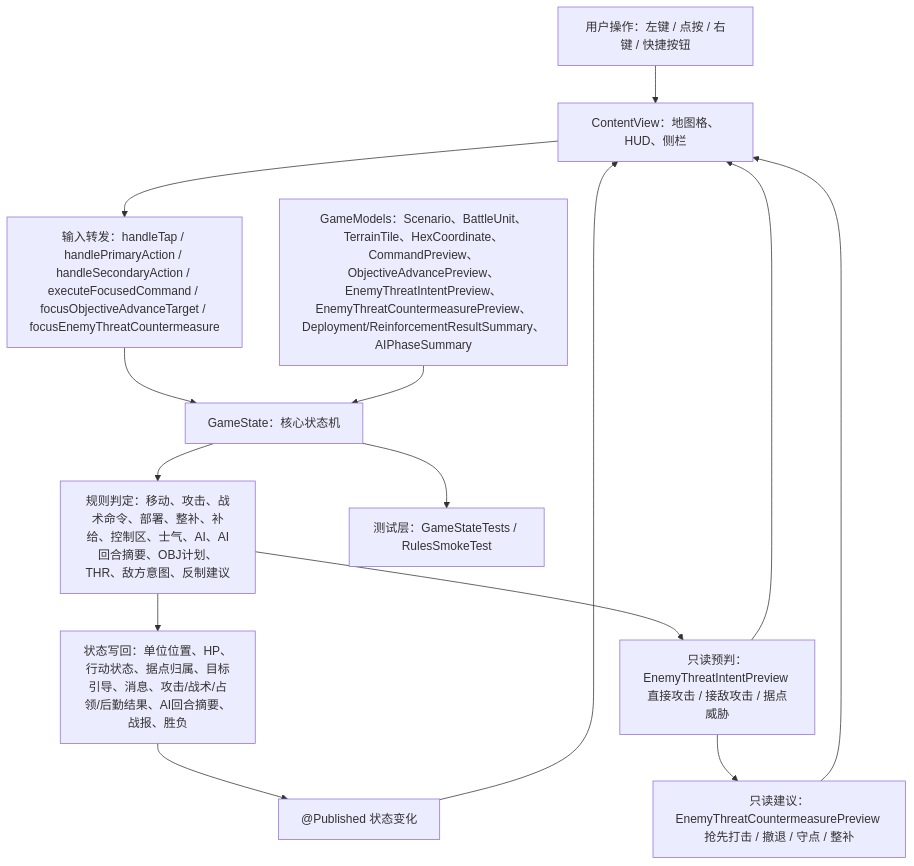
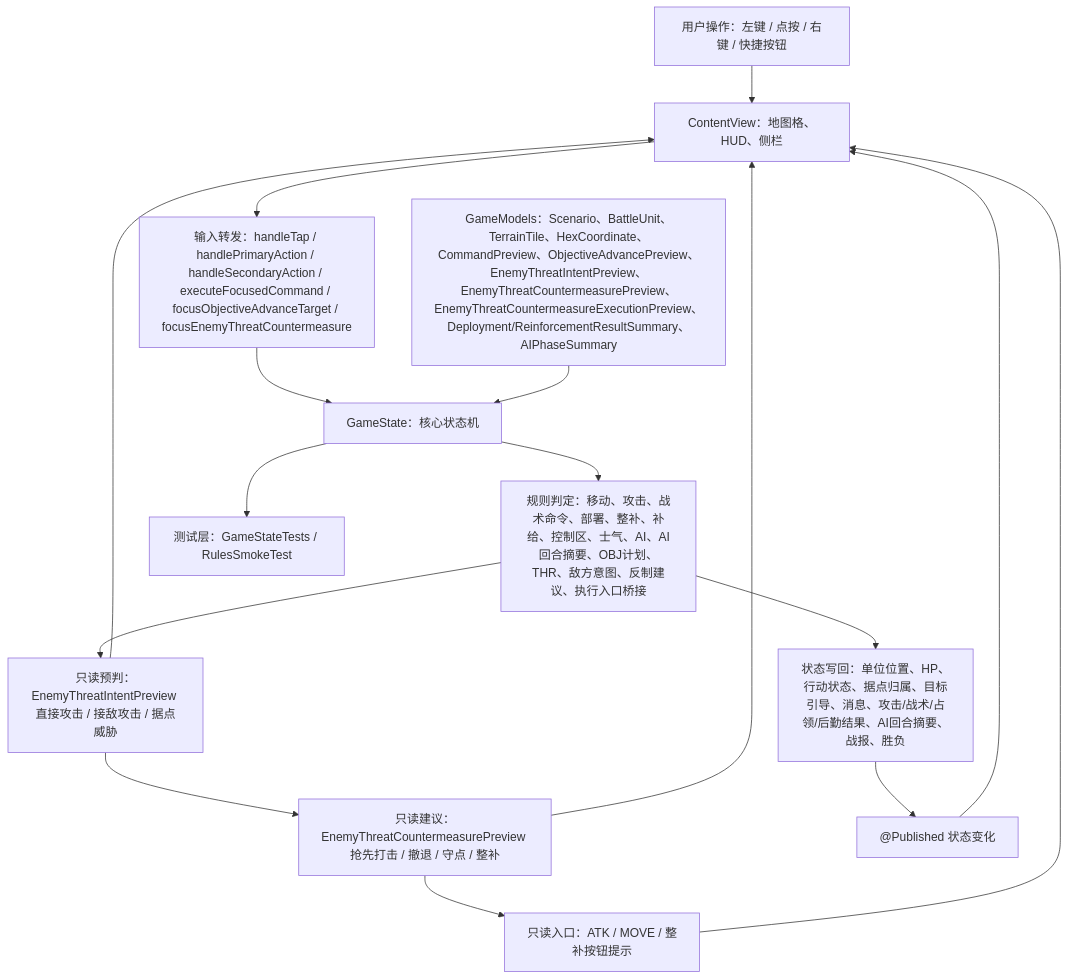
Before and after one commit to Altman-sam114/116: the first of 5 diagrams in md/flow/flowchart.md, drawn with Mermaid. The commit also changed other lines of this file and 10 other files, not shown here.

````diff
--- a/md/flow/flowchart.md
+++ b/md/flow/flowchart.md
@@ -9,16 +9,18 @@
 ```mermaid
 flowchart TD
   U["用户操作：左键 / 点按 / 右键 / 快捷按钮"] --> V["ContentView：地图格、HUD、侧栏"]
   V --> I["输入转发：handleTap / handlePrimaryAction / handleSecondaryAction / executeFocusedCommand / focusObjectiveAdvanceTarget / focusEnemyThreatCountermeasure"]
   I --> S["GameState：核心状态机"]
-  M["GameModels：Scenario、BattleUnit、TerrainTile、HexCoordinate、CommandPreview、ObjectiveAdvancePreview、EnemyThreatIntentPreview、EnemyThreatCountermeasurePreview、Deployment/ReinforcementResultSummary、AIPhaseSummary"] --> S
-  S --> R["规则判定：移动、攻击、战术命令、部署、整补、补给、控制区、士气、AI、AI回合摘要、OBJ计划、THR、敌方意图、反制建议"]
+  M["GameModels：Scenario、BattleUnit、TerrainTile、HexCoordinate、CommandPreview、ObjectiveAdvancePreview、EnemyThreatIntentPreview、EnemyThreatCountermeasurePreview、EnemyThreatCountermeasureExecutionPreview、Deployment/ReinforcementResultSummary、AIPhaseSummary"] --> S
+  S --> R["规则判定：移动、攻击、战术命令、部署、整补、补给、控制区、士气、AI、AI回合摘要、OBJ计划、THR、敌方意图、反制建议、执行入口桥接"]
   R --> W["状态写回：单位位置、HP、行动状态、据点归属、目标引导、消息、攻击/战术/占领/后勤结果、AI回合摘要、战报、胜负"]
   R --> EI["只读预判：EnemyThreatIntentPreview 直接攻击 / 接敌攻击 / 据点威胁"]
   EI --> EC["只读建议：EnemyThreatCountermeasurePreview 抢先打击 / 撤退 / 守点 / 整补"]
+  EC --> EB["只读入口：ATK / MOVE / 整补按钮提示"]
   W --> P["@Published 状态变化"]
   P --> V
   EI --> V
   EC --> V
+  EB --> V
   S --> T["测试层：GameStateTests / RulesSmokeTest"]
 ```
````
